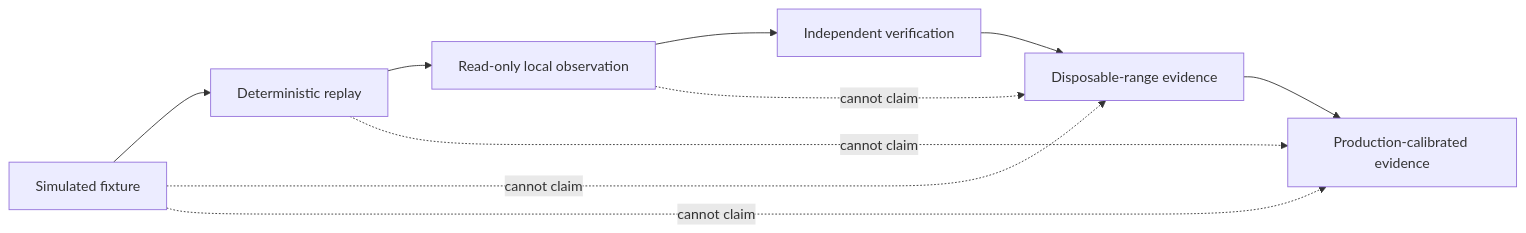
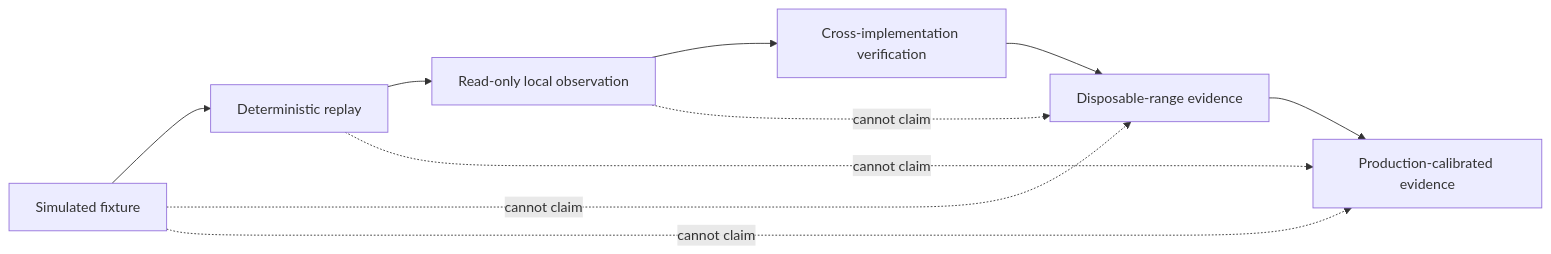
One commit to ObtuseAI/nimrod changed the fourth of 4 diagrams in README.md. Above: the diagram before and after it, drawn with Mermaid. The commit also changed other lines of this file and 1 other file, not shown here.

````diff
--- a/README.md
+++ b/README.md
@@ -305,13 +329,13 @@
 ```mermaid
 flowchart LR
     SIM["Simulated fixture"] --> REPLAY["Deterministic replay"]
     REPLAY --> OBS["Read-only local observation"]
-    OBS --> INDEP["Independent verification"]
+    OBS --> INDEP["Cross-implementation verification"]
     INDEP --> RANGE["Disposable-range evidence"]
     RANGE --> CAL["Production-calibrated evidence"]
 
     SIM -. "cannot claim" .-> RANGE
     SIM -. "cannot claim" .-> CAL
     REPLAY -. "cannot claim" .-> CAL
     OBS -. "cannot claim" .-> RANGE
 ```
````
